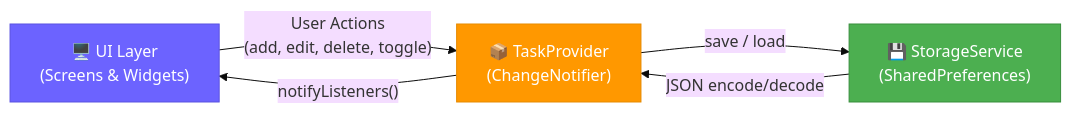
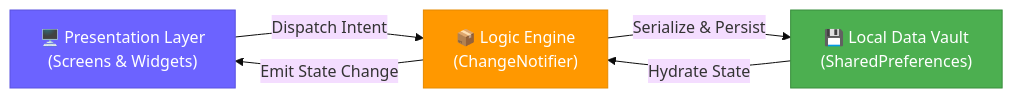
Before and after one commit to EngYahia25/Simple_to-do_Lisy: the second of 3 diagrams in README.md, drawn with Mermaid (base theme). The commit also changed other lines of this file, not shown here.

````diff
--- a/README.md
+++ b/README.md
@@ -67,11 +70,11 @@
 ```mermaid
 flowchart LR
-    UI["🖥️ UI Layer<br/>(Screens & Widgets)"] -- "User Actions<br/>(add, edit, delete, toggle)" --> P["📦 TaskProvider<br/>(ChangeNotifier)"]
-    P -- "notifyListeners()" --> UI
-    P -- "save / load" --> S["💾 StorageService<br/>(SharedPreferences)"]
-    S -- "JSON encode/decode" --> P
+    UI["🖥️ Presentation Layer<br/>(Screens & Widgets)"] -- "Dispatch Intent" --> P["📦 Logic Engine<br/>(ChangeNotifier)"]
+    P -- "Emit State Change" --> UI
+    P -- "Serialize & Persist" --> S["💾 Local Data Vault<br/>(SharedPreferences)"]
+    S -- "Hydrate State" --> P
 
     style UI fill:#6C63FF,color:#fff,stroke:#5a52e0
     style P fill:#FF9800,color:#fff,stroke:#e68a00
     style S fill:#4CAF50,color:#fff,stroke:#388E3C
 ```
````
